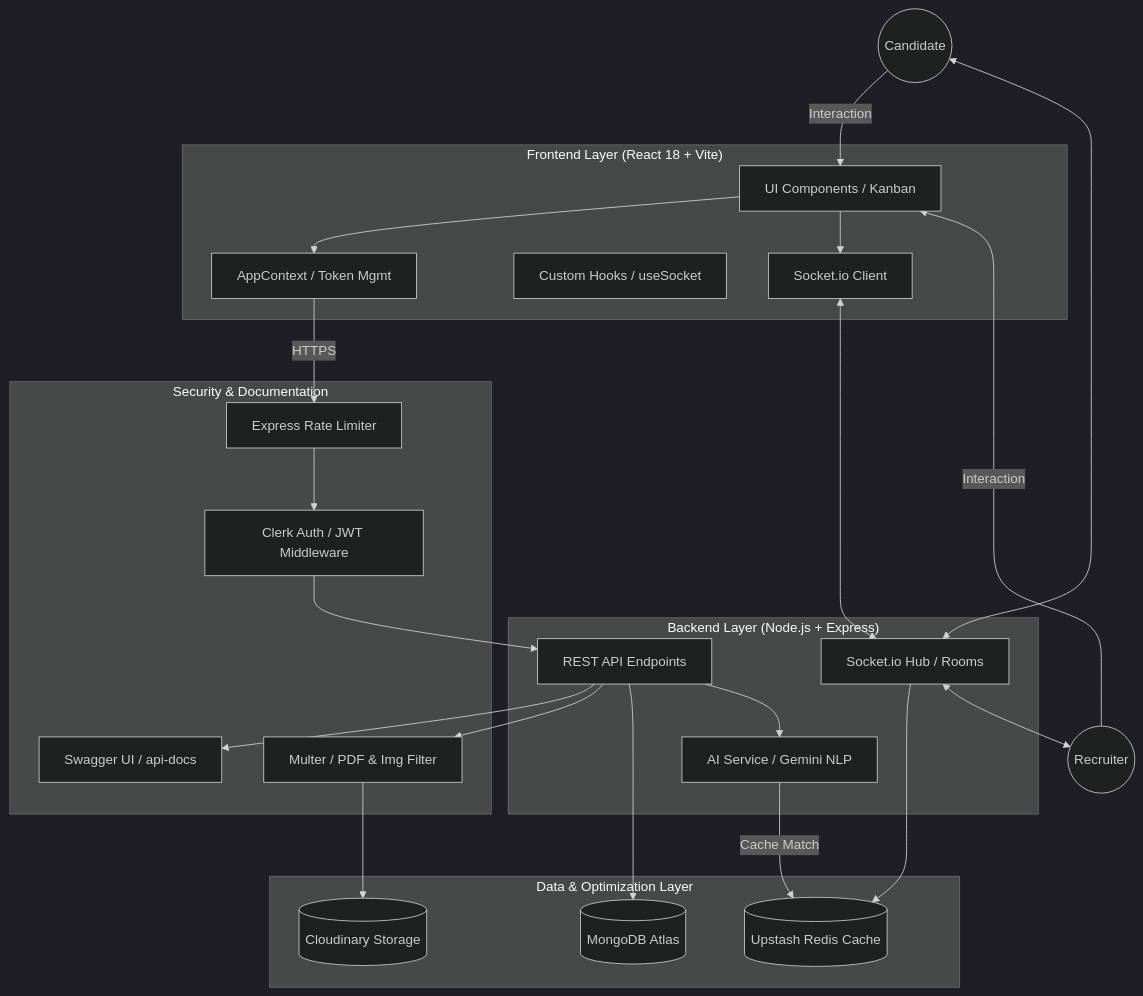
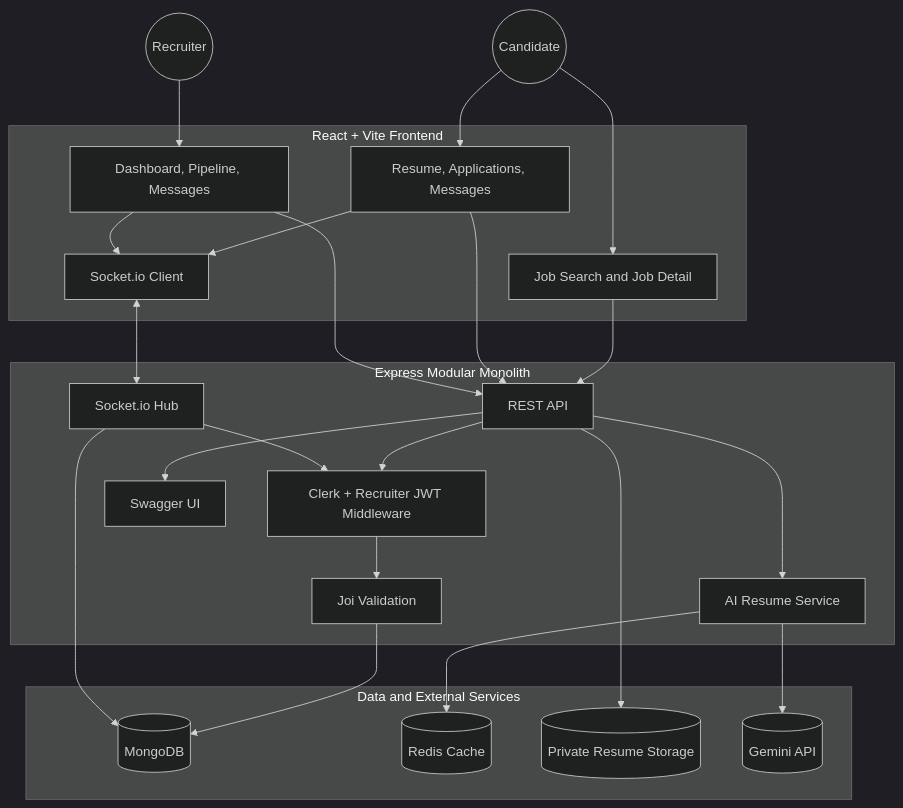
One commit to SriHarshaRajuY/SkillNest changed the diagram in docs/architecture.mmd. Above: the diagram before and after it, drawn with Mermaid (dark theme). The commit also changed 60 other files, not shown here.

```diff
--- a/docs/architecture.mmd
+++ b/docs/architecture.mmd
@@ -1,53 +1,49 @@
 graph TD
-    User((Candidate))
+    Candidate((Candidate))
     Recruiter((Recruiter))
-    
-    subgraph Frontend ["Frontend Layer (React 18 + Vite)"]
-        UI[UI Components / Kanban]
-        Context[AppContext / Token Mgmt]
-        Hooks[Custom Hooks / useSocket]
-        SocketClient[Socket.io Client]
+
+    subgraph Frontend["React + Vite Frontend"]
+        PublicJobs["Job Search and Job Detail"]
+        CandidateApp["Resume, Applications, Messages"]
+        RecruiterApp["Dashboard, Pipeline, Messages"]
+        SocketClient["Socket.io Client"]
     end
-    
-    subgraph Security ["Security & Documentation"]
-        Swagger[Swagger UI / api-docs]
-        Multer[Multer / PDF & Img Filter]
-        RateLimit[Express Rate Limiter]
-        Clerk[Clerk Auth / JWT Middleware]
+
+    subgraph Backend["Express Modular Monolith"]
+        REST["REST API"]
+        Auth["Clerk + Recruiter JWT Middleware"]
+        Validation["Joi Validation"]
+        AIService["AI Resume Service"]
+        SocketHub["Socket.io Hub"]
+        Swagger["Swagger UI"]
     end
-    
-    subgraph Backend ["Backend Layer (Node.js + Express)"]
-        API[REST API Endpoints]
-        SocketHub[Socket.io Hub / Rooms]
-        AI[AI Service / Gemini NLP]
+
+    subgraph Data["Data and External Services"]
+        Mongo[(MongoDB)]
+        Redis[(Redis Cache)]
+        Cloudinary[(Private Resume Storage)]
+        Gemini[(Gemini API)]
     end
-    
-    subgraph Data ["Data & Optimization Layer"]
-        Mongo[(MongoDB Atlas)]
-        Redis[(Upstash Redis Cache)]
-        Cloudinary[(Cloudinary Storage)]
-    end
-    
-    %% Connections
-    User -->|Interaction| UI
-    Recruiter -->|Interaction| UI
-    
-    UI --> Context
-    UI --> SocketClient
-    
-    Context -->|HTTPS| RateLimit
-    RateLimit --> Clerk
-    Clerk --> API
-    
-    API --> Swagger
-    API --> Multer
-    Multer --> Cloudinary
-    
-    API --> Mongo
-    API --> AI
-    AI -->|Cache Match| Redis
-    
+
+    Candidate --> PublicJobs
+    Candidate --> CandidateApp
+    Recruiter --> RecruiterApp
+
+    PublicJobs --> REST
+    CandidateApp --> REST
+    RecruiterApp --> REST
+    CandidateApp --> SocketClient
+    RecruiterApp --> SocketClient
+
+    REST --> Auth
+    Auth --> Validation
+    Validation --> Mongo
+    REST --> Cloudinary
+    REST --> AIService
+    AIService --> Redis
+    AIService --> Gemini
+    REST --> Swagger
+
     SocketClient <--> SocketHub
-    SocketHub --> Redis
-    SocketHub <--> User
-    SocketHub <--> Recruiter
+    SocketHub --> Auth
+    SocketHub --> Mongo
```
